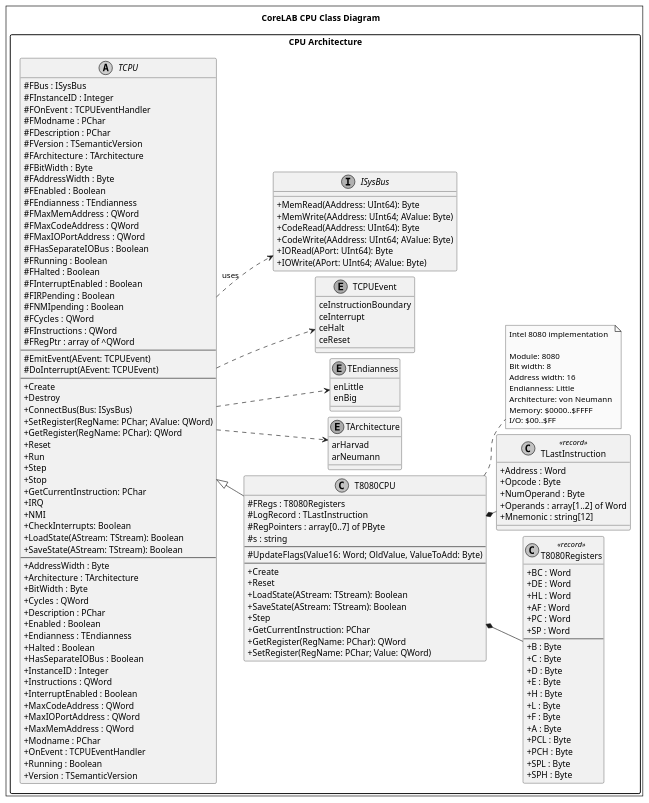
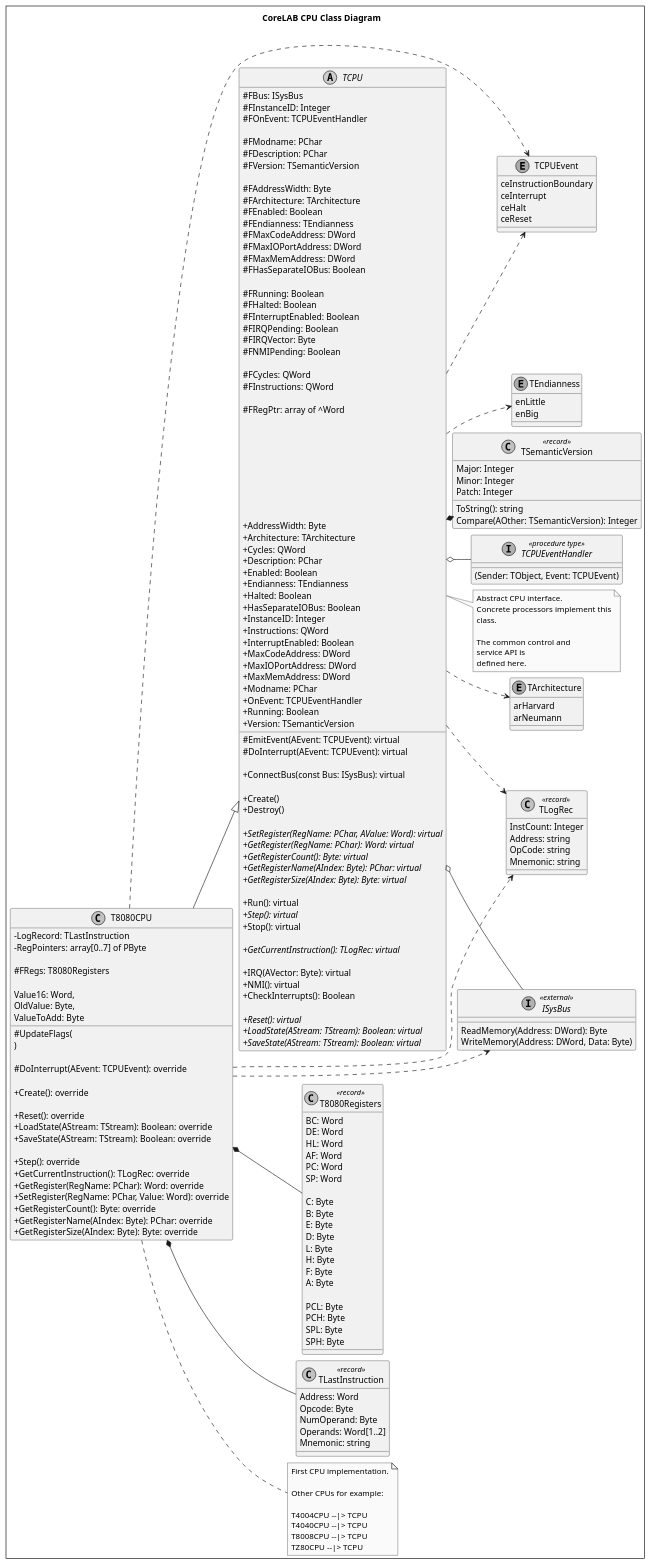
Before and after one commit to pozsarzs/corelab: the diagram in document/code/diagrams/source/class_cpu.puml, drawn with PlantUML. The commit also changed 55 other files, not shown here.

```diff
--- a/document/code/diagrams/source/class_cpu.puml
+++ b/document/code/diagrams/source/class_cpu.puml
@@ -12,167 +12,247 @@
 skinparam shadowing false
 skinparam monochrome true
 
-package "CPU Architecture" {
+' ============================================================
+' Common CPU types
+' ============================================================
 
-  abstract class TCPU {
-    # FBus : ISysBus
-    # FInstanceID : Integer
-    # FOnEvent : TCPUEventHandler
-    # FModname : PChar
-    # FDescription : PChar
-    # FVersion : TSemanticVersion
-    # FArchitecture : TArchitecture
-    # FBitWidth : Byte
-    # FAddressWidth : Byte
-    # FEnabled : Boolean
-    # FEndianness : TEndianness
-    # FMaxMemAddress : QWord
-    # FMaxCodeAddress : QWord
-    # FMaxIOPortAddress : QWord
-    # FHasSeparateIOBus : Boolean
-    # FRunning : Boolean
-    # FHalted : Boolean
-    # FInterruptEnabled : Boolean
-    # FIRPending : Boolean
-    # FNMIpending : Boolean
-    # FCycles : QWord
-    # FInstructions : QWord
-    # FRegPtr : array of ^QWord
-    --
-    # EmitEvent(AEvent: TCPUEvent)
-    # DoInterrupt(AEvent: TCPUEvent)
-    --
-    + Create
-    + Destroy
-    + ConnectBus(Bus: ISysBus)
-    + SetRegister(RegName: PChar; AValue: QWord)
-    + GetRegister(RegName: PChar): QWord
-    + Reset
-    + Run
-    + Step
-    + Stop
-    + GetCurrentInstruction: PChar
-    + IRQ
-    + NMI
-    + CheckInterrupts: Boolean
-    + LoadState(AStream: TStream): Boolean
-    + SaveState(AStream: TStream): Boolean
-    --
-    + AddressWidth : Byte
-    + Architecture : TArchitecture
-    + BitWidth : Byte
-    + Cycles : QWord
-    + Description : PChar
-    + Enabled : Boolean
-    + Endianness : TEndianness
-    + Halted : Boolean
-    + HasSeparateIOBus : Boolean
-    + InstanceID : Integer
-    + Instructions : QWord
-    + InterruptEnabled : Boolean
-    + MaxCodeAddress : QWord
-    + MaxIOPortAddress : QWord
-    + MaxMemAddress : QWord
-    + Modname : PChar
-    + OnEvent : TCPUEventHandler
-    + Running : Boolean
-    + Version : TSemanticVersion
-  }
+enum TArchitecture {
+    arHarvard
+    arNeumann
+}
 
-  class T8080CPU {
-    # FRegs : T8080Registers
-    # LogRecord : TLastInstruction
-    # RegPointers : array[0..7] of PByte
-    # s : string
-    --
-    # UpdateFlags(Value16: Word; OldValue, ValueToAdd: Byte)
-    --
-    + Create
-    + Reset
-    + LoadState(AStream: TStream): Boolean
-    + SaveState(AStream: TStream): Boolean
-    + Step
-    + GetCurrentInstruction: PChar
-    + GetRegister(RegName: PChar): QWord
-    + SetRegister(RegName: PChar; Value: QWord)
-  }
-
-  class T8080Registers <<record>> {
-    + BC : Word
-    + DE : Word
-    + HL : Word
-    + AF : Word
-    + PC : Word
-    + SP : Word
-    --
-    + B : Byte
-    + C : Byte
-    + D : Byte
-    + E : Byte
-    + H : Byte
-    + L : Byte
-    + F : Byte
-    + A : Byte
-    + PCL : Byte
-    + PCH : Byte
-    + SPL : Byte
-    + SPH : Byte
-  }
-
-  class TLastInstruction <<record>> {
-    + Address : Word
-    + Opcode : Byte
-    + NumOperand : Byte
-    + Operands : array[1..2] of Word
-    + Mnemonic : string[12]
-  }
-
-  enum TArchitecture {
-    arHarvad
-    arNeumann
-  }
-
-  enum TEndianness {
+enum TEndianness {
     enLittle
     enBig
-  }
+}
 
-  enum TCPUEvent {
+enum TCPUEvent {
     ceInstructionBoundary
     ceInterrupt
     ceHalt
     ceReset
-  }
-
-  interface ISysBus {
-    + MemRead(AAddress: UInt64): Byte
-    + MemWrite(AAddress: UInt64; AValue: Byte)
-    + CodeRead(AAddress: UInt64): Byte
-    + CodeWrite(AAddress: UInt64; AValue: Byte)
-    + IORead(APort: UInt64): Byte
-    + IOWrite(APort: UInt64; AValue: Byte)
-  }
-
-  TCPU <|-- T8080CPU
-  T8080CPU *-- T8080Registers
-  T8080CPU *-- TLastInstruction
-
-  TCPU ..> ISysBus : uses
-  TCPU ..> TArchitecture
-  TCPU ..> TEndianness
-  TCPU ..> TCPUEvent
-
-  note right of T8080CPU
-    Intel 8080 implementation
-
-    Module: 8080
-    Bit width: 8
-    Address width: 16
-    Endianness: Little
-    Architecture: von Neumann
-    Memory: $0000..$FFFF
-    I/O: $00..$FF
-  end note
 }
 
+class TSemanticVersion <<record>> {
+    Major: Integer
+    Minor: Integer
+    Patch: Integer
+
+    ToString(): string
+    Compare(AOther: TSemanticVersion): Integer
+}
+
+class TLogRec <<record>> {
+    InstCount: Integer
+    Address: string
+    OpCode: string
+    Mnemonic: string
+}
+
+' ============================================================
+' Event handling
+' ============================================================
+
+interface TCPUEventHandler <<procedure type>> {
+    (Sender: TObject, Event: TCPUEvent)
+}
+
+' ============================================================
+' System bus
+' ============================================================
+
+interface ISysBus <<external>> {
+    ReadMemory(Address: DWord): Byte
+    WriteMemory(Address: DWord, Data: Byte)
+}
+
+' ============================================================
+' Abstract CPU base class
+' ============================================================
+
+abstract class TCPU {
+    #FBus: ISysBus
+    #FInstanceID: Integer
+    #FOnEvent: TCPUEventHandler
+
+    #FModname: PChar
+    #FDescription: PChar
+    #FVersion: TSemanticVersion
+
+    #FAddressWidth: Byte
+    #FArchitecture: TArchitecture
+    #FEnabled: Boolean
+    #FEndianness: TEndianness
+    #FMaxCodeAddress: DWord
+    #FMaxIOPortAddress: DWord
+    #FMaxMemAddress: DWord
+    #FHasSeparateIOBus: Boolean
+
+    #FRunning: Boolean
+    #FHalted: Boolean
+    #FInterruptEnabled: Boolean
+    #FIRQPending: Boolean
+    #FIRQVector: Byte
+    #FNMIPending: Boolean
+
+    #FCycles: QWord
+    #FInstructions: QWord
+
+    #FRegPtr: array of ^Word
+
+    #EmitEvent(AEvent: TCPUEvent): virtual
+    #DoInterrupt(AEvent: TCPUEvent): virtual
+
+    +ConnectBus(const Bus: ISysBus): virtual
+
+    +Create()
+    +Destroy()
+
+    +SetRegister(RegName: PChar, AValue: Word): virtual {abstract}
+    +GetRegister(RegName: PChar): Word: virtual {abstract}
+    +GetRegisterCount(): Byte: virtual {abstract}
+    +GetRegisterName(AIndex: Byte): PChar: virtual {abstract}
+    +GetRegisterSize(AIndex: Byte): Byte: virtual {abstract}
+
+    +Run(): virtual
+    +Step(): virtual {abstract}
+    +Stop(): virtual
+
+    +GetCurrentInstruction(): TLogRec: virtual {abstract}
+
+    +IRQ(AVector: Byte): virtual
+    +NMI(): virtual
+    +CheckInterrupts(): Boolean
+
+    +Reset(): virtual {abstract}
+    +LoadState(AStream: TStream): Boolean: virtual {abstract}
+    +SaveState(AStream: TStream): Boolean: virtual {abstract}
+
+    +AddressWidth: Byte
+    +Architecture: TArchitecture
+    +Cycles: QWord
+    +Description: PChar
+    +Enabled: Boolean
+    +Endianness: TEndianness
+    +Halted: Boolean
+    +HasSeparateIOBus: Boolean
+    +InstanceID: Integer
+    +Instructions: QWord
+    +InterruptEnabled: Boolean
+    +MaxCodeAddress: DWord
+    +MaxIOPortAddress: DWord
+    +MaxMemAddress: DWord
+    +Modname: PChar
+    +OnEvent: TCPUEventHandler
+    +Running: Boolean
+    +Version: TSemanticVersion
+}
+
+' ============================================================
+' Intel 8080
+' ============================================================
+
+class T8080Registers <<record>> {
+    BC: Word
+    DE: Word
+    HL: Word
+    AF: Word
+    PC: Word
+    SP: Word
+
+    C: Byte
+    B: Byte
+    E: Byte
+    D: Byte
+    L: Byte
+    H: Byte
+    F: Byte
+    A: Byte
+
+    PCL: Byte
+    PCH: Byte
+    SPL: Byte
+    SPH: Byte
+}
+
+class TLastInstruction <<record>> {
+    Address: Word
+    Opcode: Byte
+    NumOperand: Byte
+    Operands: Word[1..2]
+    Mnemonic: string
+}
+
+class T8080CPU {
+    -LogRecord: TLastInstruction
+    -RegPointers: array[0..7] of PByte
+
+    #FRegs: T8080Registers
+
+    #UpdateFlags(
+        Value16: Word,
+        OldValue: Byte,
+        ValueToAdd: Byte
+    )
+
+    #DoInterrupt(AEvent: TCPUEvent): override
+
+    +Create(): override
+
+    +Reset(): override
+    +LoadState(AStream: TStream): Boolean: override
+    +SaveState(AStream: TStream): Boolean: override
+
+    +Step(): override
+    +GetCurrentInstruction(): TLogRec: override
+    +GetRegister(RegName: PChar): Word: override
+    +SetRegister(RegName: PChar, Value: Word): override
+    +GetRegisterCount(): Byte: override
+    +GetRegisterName(AIndex: Byte): PChar: override
+    +GetRegisterSize(AIndex: Byte): Byte: override
+}
+
+' ============================================================
+' Relationships
+' ============================================================
+
+T8080CPU --|> TCPU
+
+TCPU o-- ISysBus
+TCPU o-- TCPUEventHandler
+TCPU *-- TSemanticVersion
+
+TCPU ..> TArchitecture
+TCPU ..> TEndianness
+TCPU ..> TCPUEvent
+TCPU ..> TLogRec
+
+T8080CPU *-- T8080Registers
+T8080CPU *-- TLastInstruction
+
+T8080CPU ..> TCPUEvent
+T8080CPU ..> ISysBus
+T8080CPU ..> TLogRec
+
+note right of TCPU
+  Abstract CPU interface.
+  Concrete processors implement this
+  class.
+
+  The common control and
+  service API is
+  defined here.
+end note
+
+note right of T8080CPU
+  First CPU implementation.
+
+  Other CPUs for example:
+
+  T4004CPU --|> TCPU
+  T4040CPU --|> TCPU
+  T8008CPU --|> TCPU
+  TZ80CPU --|> TCPU
+end note
+
 @enduml
```
